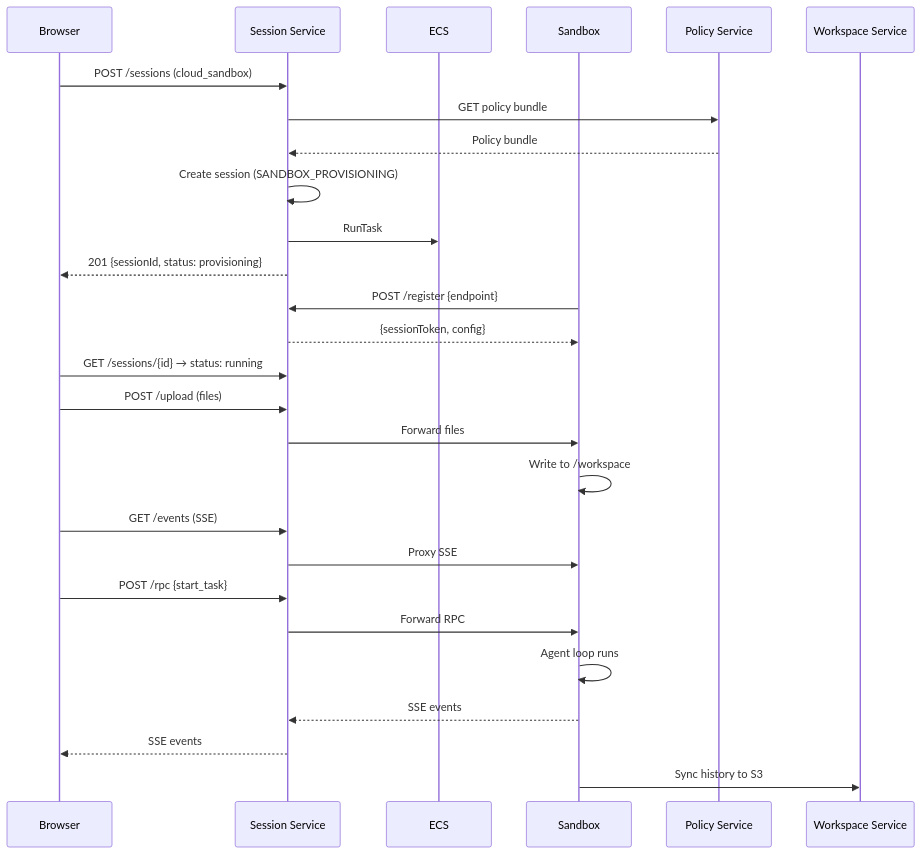
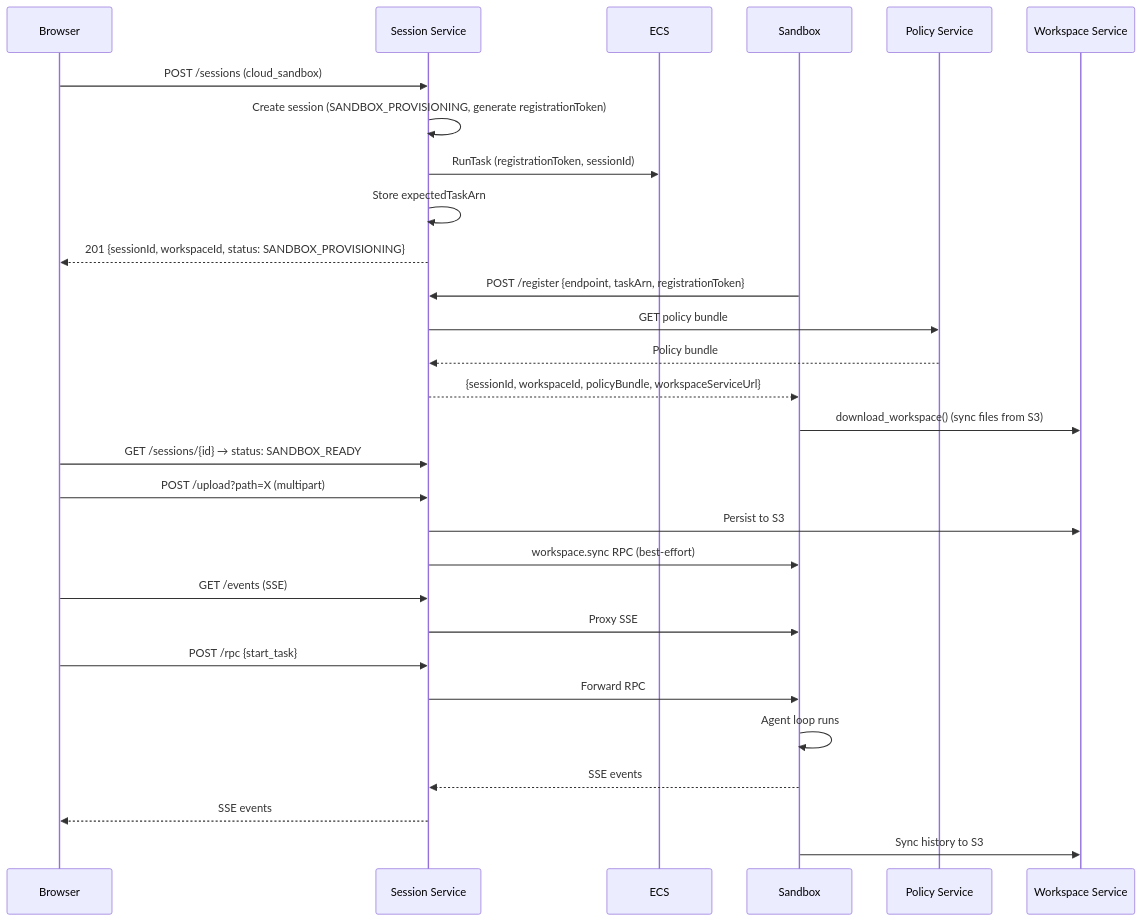
The fifth of 6 diagrams in docs/components/web-execution.md (suman724/cowork-infra), drawn with Mermaid before and after one commit. The commit also changed other lines of this file and 10 other files, not shown here.

````diff
--- a/docs/components/web-execution.md
+++ b/docs/components/web-execution.md
@@ -647,35 +667,37 @@
 ```mermaid
 sequenceDiagram
   participant B as Browser
   participant SS as Session Service
   participant ECS as ECS
   participant S as Sandbox
   participant PS as Policy Service
   participant WS as Workspace Service
 
   B->>SS: POST /sessions (cloud_sandbox)
+  SS->>SS: Create session (SANDBOX_PROVISIONING, generate registrationToken)
+  SS->>ECS: RunTask (registrationToken, sessionId)
+  SS->>SS: Store expectedTaskArn
+  SS-->>B: 201 {sessionId, workspaceId, status: SANDBOX_PROVISIONING}
+
+  S->>SS: POST /register {endpoint, taskArn, registrationToken}
   SS->>PS: GET policy bundle
   PS-->>SS: Policy bundle
-  SS->>SS: Create session (SANDBOX_PROVISIONING)
-  SS->>ECS: RunTask
-  SS-->>B: 201 {sessionId, status: provisioning}
+  SS-->>S: {sessionId, workspaceId, policyBundle, workspaceServiceUrl}
+  S->>WS: download_workspace() (sync files from S3)
 
-  S->>SS: POST /register {endpoint}
-  SS-->>S: {sessionToken, config}
-
-  B->>SS: GET /sessions/{id} → status: running
-  B->>SS: POST /upload (files)
-  SS->>S: Forward files
-  S->>S: Write to /workspace
+  B->>SS: GET /sessions/{id} → status: SANDBOX_READY
+  B->>SS: POST /upload?path=X (multipart)
+  SS->>WS: Persist to S3
+  SS->>S: workspace.sync RPC (best-effort)
 
   B->>SS: GET /events (SSE)
   SS->>S: Proxy SSE
 
   B->>SS: POST /rpc {start_task}
   SS->>S: Forward RPC
   S->>S: Agent loop runs
   S-->>SS: SSE events
   SS-->>B: SSE events
 
   S->>WS: Sync history to S3
 ```
````
